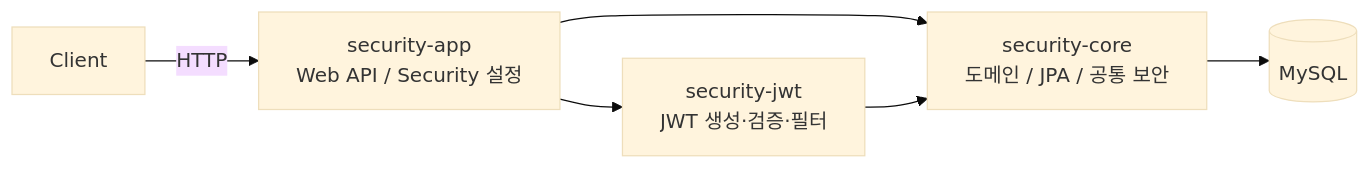
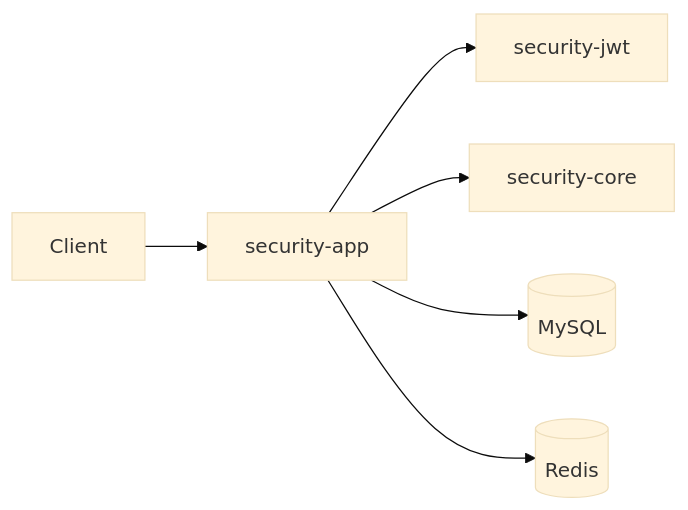
Before and after one commit to home-pay9um/security: the first of 4 diagrams in README.md, drawn with Mermaid (base theme). The commit also changed other lines of this file and 36 other files, not shown here.

````diff
--- a/README.md
+++ b/README.md
@@ -39,14 +61,8 @@
 ```mermaid
 flowchart LR
-    Client[Client]
-    App[security-app<br/>Web API / Security 설정]
-    Jwt[security-jwt<br/>JWT 생성·검증·필터]
-    Core[security-core<br/>도메인 / JPA / 공통 보안]
-    DB[(MySQL)]
-
-    Client -->|HTTP| App
-    App --> Jwt
-    App --> Core
-    Jwt --> Core
-    Core --> DB
+    Client[Client] --> App[security-app]
+    App --> Jwt[security-jwt]
+    App --> Core[security-core]
+    App --> MySQL[(MySQL)]
+    App --> Redis[(Redis)]
 ```
````
